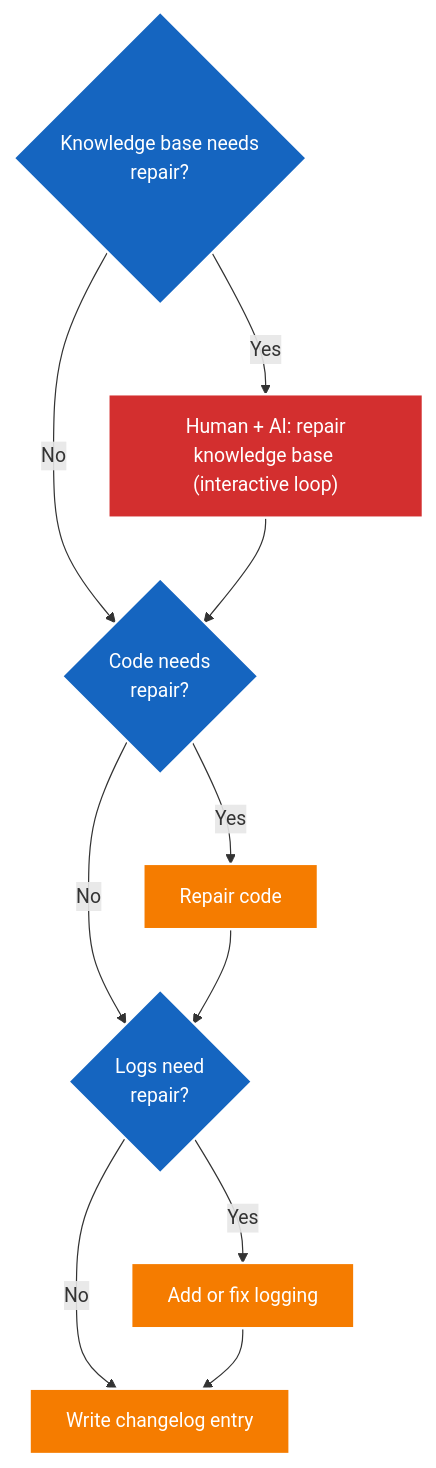
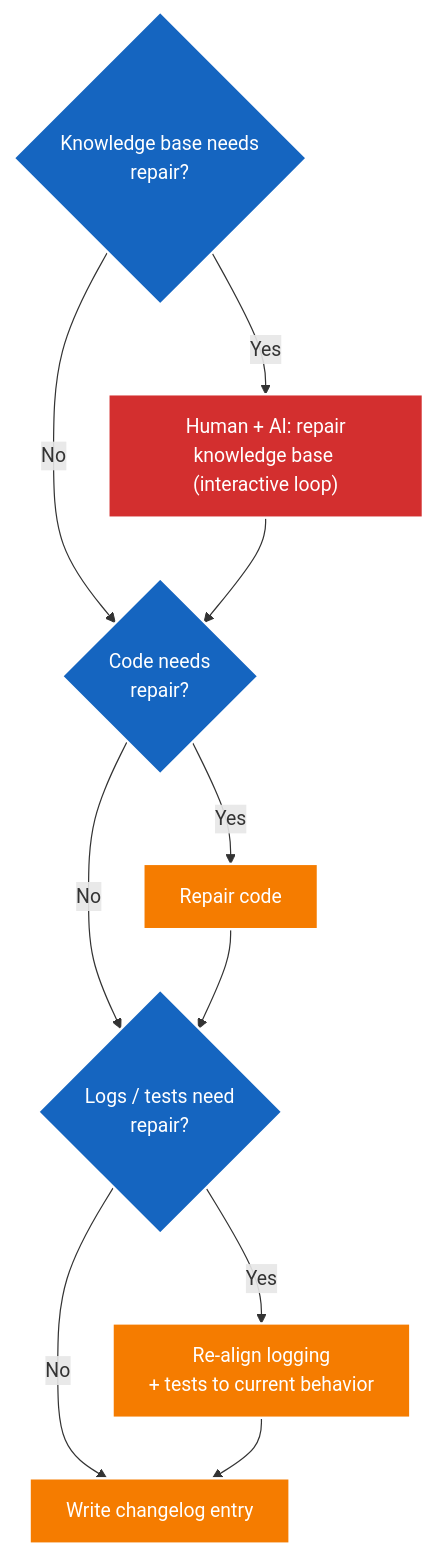
One commit to jacoby149/web10 changed the fifth of 5 diagrams in knowledge/ai-use-theory/ai-use-theory.md. Above: the diagram before and after it, drawn with Mermaid. The commit also changed other lines of this file and 7 other files, not shown here.

First line of the commit message:
docs(ai-use-theory): regressions.md + repair-hierarchy re-alignment + mermaid <br/> fix

````diff
--- a/knowledge/ai-use-theory/ai-use-theory.md
+++ b/knowledge/ai-use-theory/ai-use-theory.md
@@ -164,24 +164,24 @@
 ```mermaid
 flowchart TD
-    KB{"Knowledge base needs\nrepair?"} -->|"Yes"| FIX_KB["Human + AI: repair\nknowledge base (interactive loop)"]
-    KB -->|"No"| CODE{"Code needs\nrepair?"}
+    KB{"Knowledge base needs<br/>repair?"} -->|"Yes"| FIX_KB["Human + AI: repair<br/>knowledge base (interactive loop)"]
+    KB -->|"No"| CODE{"Code needs<br/>repair?"}
     FIX_KB --> CODE
     CODE -->|"Yes"| FIX_CODE["Repair code"]
-    CODE -->|"No"| LOGS{"Logs need\nrepair?"}
+    CODE -->|"No"| LOGS{"Logs / tests need<br/>repair?"}
     FIX_CODE --> LOGS
-    LOGS -->|"Yes"| FIX_LOGS["Add or fix logging"]
+    LOGS -->|"Yes"| FIX_LOGS["Re-align logging<br/>+ tests to current behavior"]
     LOGS -->|"No"| CHANGELOG["Write changelog entry"]
     FIX_LOGS --> CHANGELOG
 
     classDef repair fill:#1565c0,color:#fff,stroke:#fff,stroke-width:2px
     classDef human fill:#d32f2f,color:#fff,stroke:#fff,stroke-width:2px
     classDef action fill:#f57c00,color:#fff,stroke:#fff,stroke-width:2px
 
     class KB repair
     class CODE repair
     class LOGS repair
     class FIX_KB human
     class FIX_CODE action
     class FIX_LOGS action
     class CHANGELOG action
 ```
````
